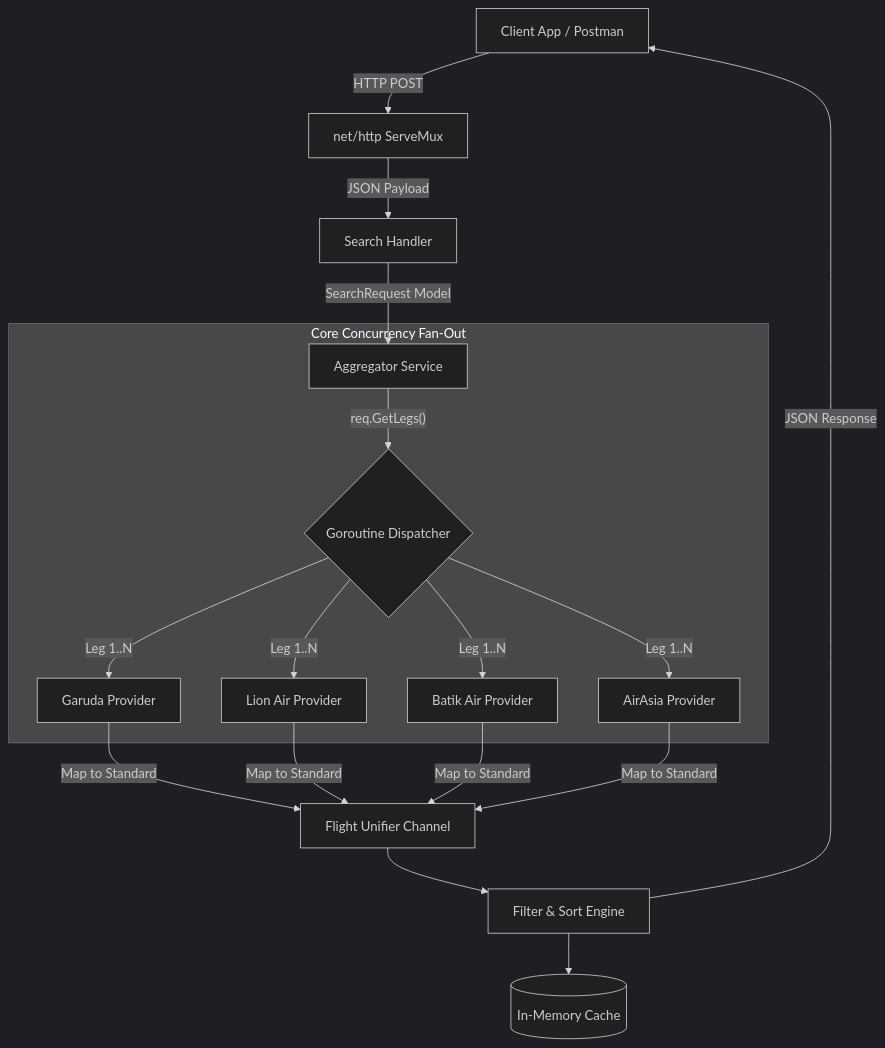
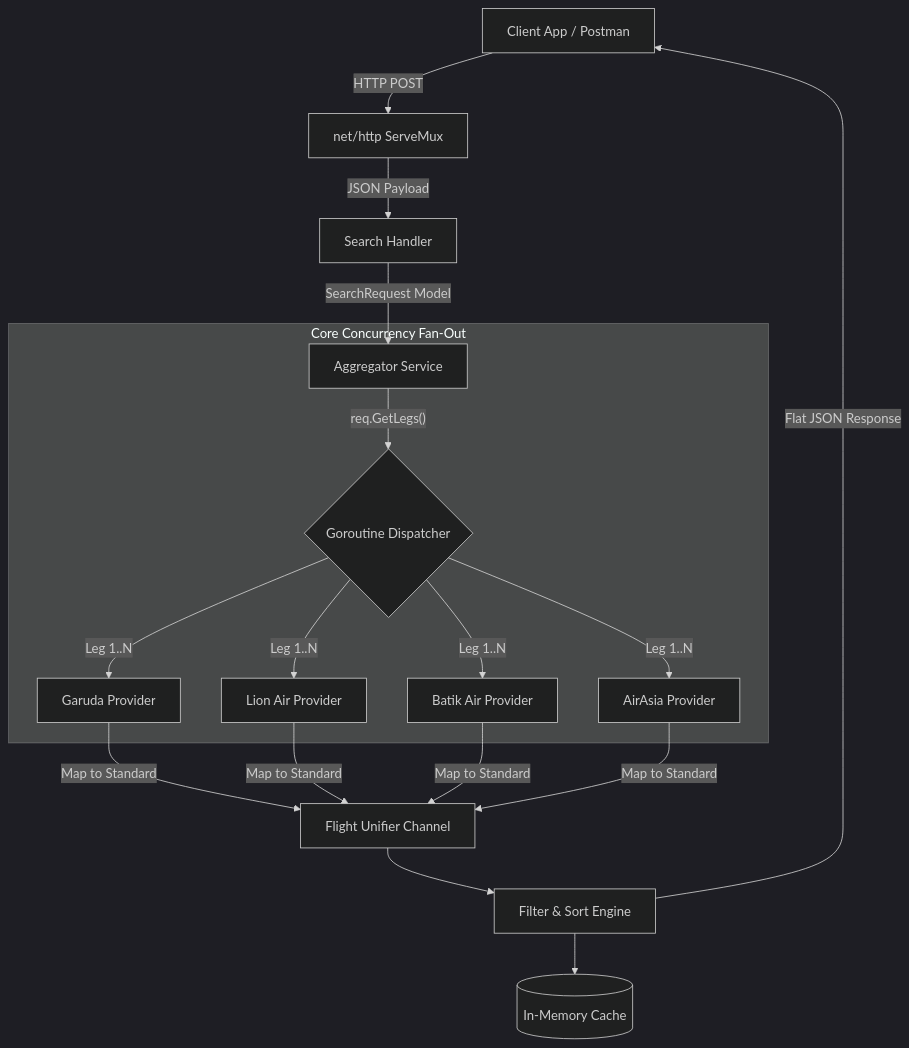
Before and after one commit to pandusatrianura/heimdall-travel-service: the first of 5 diagrams in README.md, drawn with Mermaid (dark theme). The commit also changed other lines of this file and 13 other files, not shown here.

````diff
--- a/README.md
+++ b/README.md
@@ -339,23 +452,23 @@
 ```mermaid
 graph TD
     Client[Client App / Postman] -->|HTTP POST| Router[net/http ServeMux]
     Router -->|JSON Payload| Handler[Search Handler]
     Handler -->|SearchRequest Model| Aggregator[Aggregator Service]
     
     subgraph Core Concurrency Fan-Out
         Aggregator -->|"req.GetLegs()"| Dispatcher{Goroutine Dispatcher}
         Dispatcher -->|Leg 1..N| ProviderA[Garuda Provider]
         Dispatcher -->|Leg 1..N| ProviderB[Lion Air Provider]
         Dispatcher -->|Leg 1..N| ProviderC[Batik Air Provider]
         Dispatcher -->|Leg 1..N| ProviderD[AirAsia Provider]
     end
 
     ProviderA -->|Map to Standard| Unifier[Flight Unifier Channel]
     ProviderB -->|Map to Standard| Unifier
     ProviderC -->|Map to Standard| Unifier
     ProviderD -->|Map to Standard| Unifier
 
     Unifier --> FilterSort[Filter & Sort Engine]
     FilterSort --> Cache[(In-Memory Cache)]
-    FilterSort -->|JSON Response| Client
+    FilterSort -->|Flat JSON Response| Client
 ```
````
